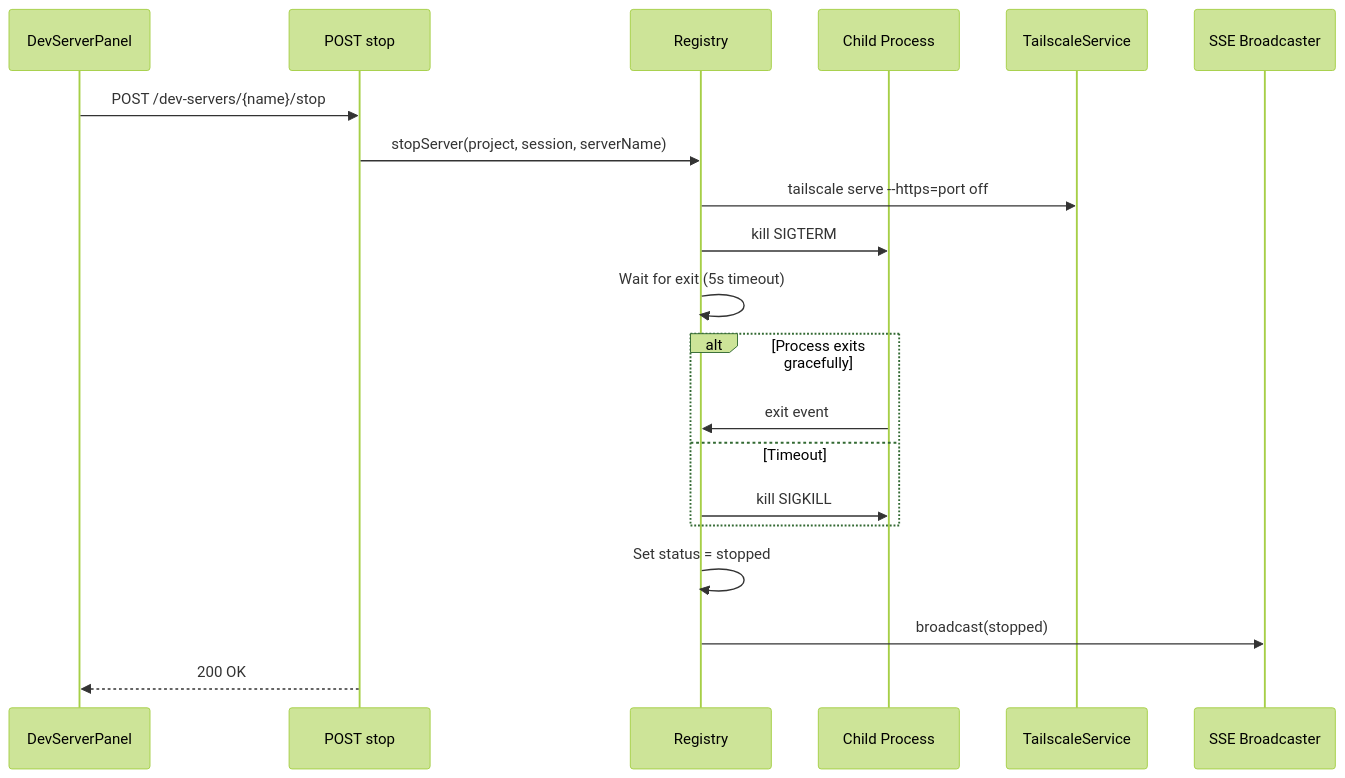
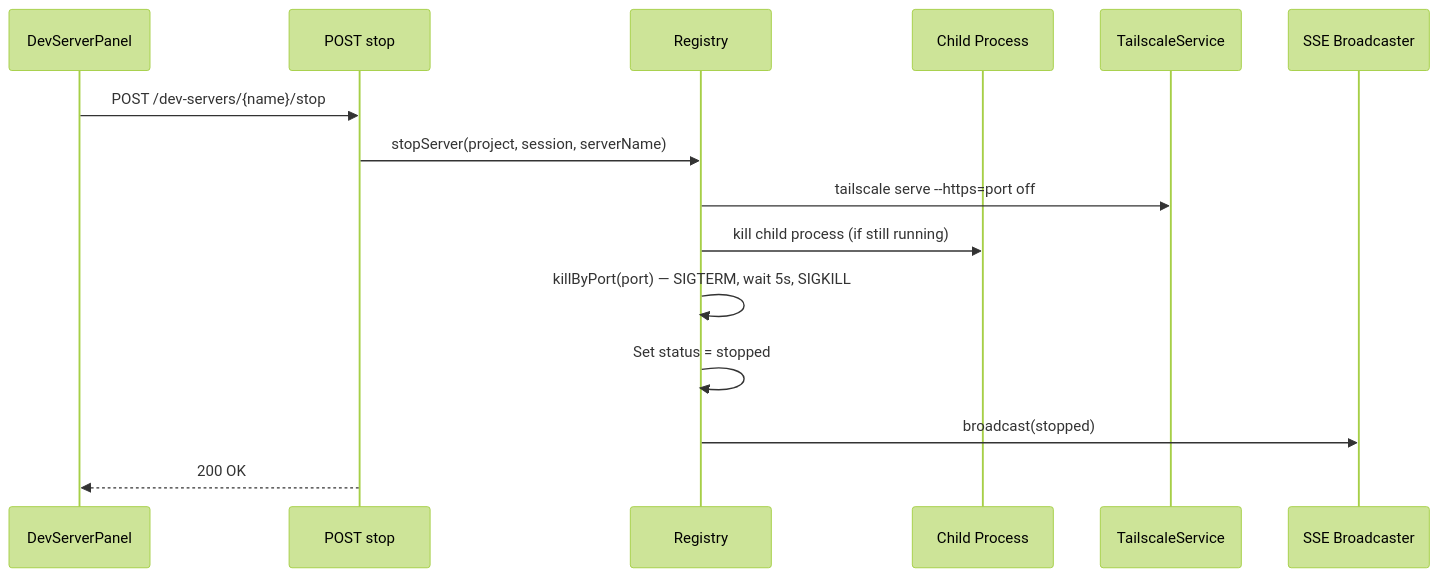
The third of 8 diagrams in .kiro/specs/dev-server-automation/design.md (amhuppert/remote-ai-manager), drawn with Mermaid (forest theme) before and after one commit. The commit also changed other lines of this file and 14 other files, not shown here.

````diff
--- a/.kiro/specs/dev-server-automation/design.md
+++ b/.kiro/specs/dev-server-automation/design.md
@@ -144,23 +144,18 @@
 ```mermaid
 sequenceDiagram
     participant UI as DevServerPanel
     participant API as POST stop
     participant Reg as Registry
     participant Proc as Child Process
     participant TS as TailscaleService
     participant SSE as SSE Broadcaster
 
     UI->>API: POST /dev-servers/{name}/stop
     API->>Reg: stopServer(project, session, serverName)
     Reg->>TS: tailscale serve --https=port off
-    Reg->>Proc: kill SIGTERM
-    Reg->>Reg: Wait for exit (5s timeout)
-    alt Process exits gracefully
-        Proc->>Reg: exit event
-    else Timeout
-        Reg->>Proc: kill SIGKILL
-    end
+    Reg->>Proc: kill child process (if still running)
+    Reg->>Reg: killByPort(port) — SIGTERM, wait 5s, SIGKILL
     Reg->>Reg: Set status = stopped
     Reg->>SSE: broadcast(stopped)
     API-->>UI: 200 OK
 ```
````
